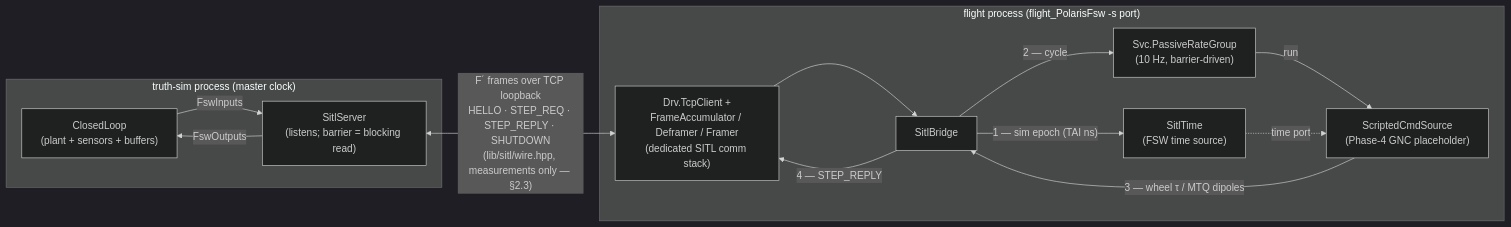
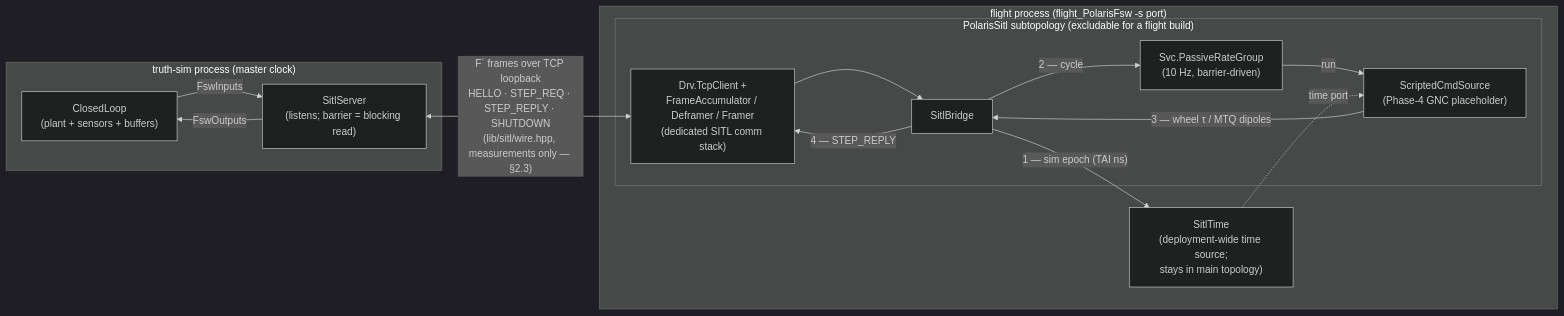
One commit to atillasaadat/polaris changed the second of 2 diagrams in docs/guides/closed_loop.md. Above: the diagram before and after it, drawn with Mermaid (dark theme). The commit also changed 13 other files, not shown here.

First line of the commit message:
refactor(flight): Push 36 — SITL packaged as PolarisSitl subtopology + hardware-delivery path (#38)

````diff
--- a/docs/guides/closed_loop.md
+++ b/docs/guides/closed_loop.md
@@ -41,19 +41,21 @@
 ```{mermaid}
 flowchart LR
     subgraph SIM ["truth-sim process (master clock)"]
         CL["ClosedLoop<br/>(plant + sensors + buffers)"] -->|FswInputs| SS["SitlServer<br/>(listens; barrier = blocking read)"]
         SS -->|FswOutputs| CL
     end
 
     SS <-->|"F´ frames over TCP loopback<br/>HELLO · STEP_REQ · STEP_REPLY · SHUTDOWN<br/>(lib/sitl/wire.hpp, measurements only — §2.3)"| TC
 
     subgraph FSW ["flight process (flight_PolarisFsw -s port)"]
-        TC["Drv.TcpClient +<br/>FrameAccumulator / Deframer / Framer<br/>(dedicated SITL comm stack)"] --> SB["SitlBridge"]
-        SB -->|"1 — sim epoch (TAI ns)"| ST["SitlTime<br/>(FSW time source)"]
-        SB -->|"2 — cycle"| RG["Svc.PassiveRateGroup<br/>(10 Hz, barrier-driven)"]
-        RG -->|run| CS["ScriptedCmdSource<br/>(Phase-4 GNC placeholder)"]
+        subgraph PS ["PolarisSitl subtopology (excludable for a flight build)"]
+            TC["Drv.TcpClient +<br/>FrameAccumulator / Deframer / Framer<br/>(dedicated SITL comm stack)"] --> SB["SitlBridge"]
+            SB -->|"2 — cycle"| RG["Svc.PassiveRateGroup<br/>(10 Hz, barrier-driven)"]
+            RG -->|run| CS["ScriptedCmdSource<br/>(Phase-4 GNC placeholder)"]
+            CS -->|"3 — wheel τ / MTQ dipoles"| SB
+            SB -->|"4 — STEP_REPLY"| TC
+        end
+        SB -->|"1 — sim epoch (TAI ns)"| ST["SitlTime<br/>(deployment-wide time source;<br/>stays in main topology)"]
         ST -.->|time port| CS
-        CS -->|"3 — wheel τ / MTQ dipoles"| SB
-        SB -->|"4 — STEP_REPLY"| TC
     end
 ```
````
